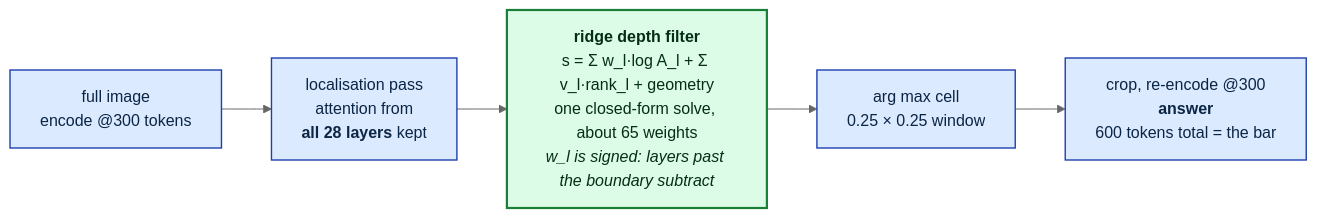
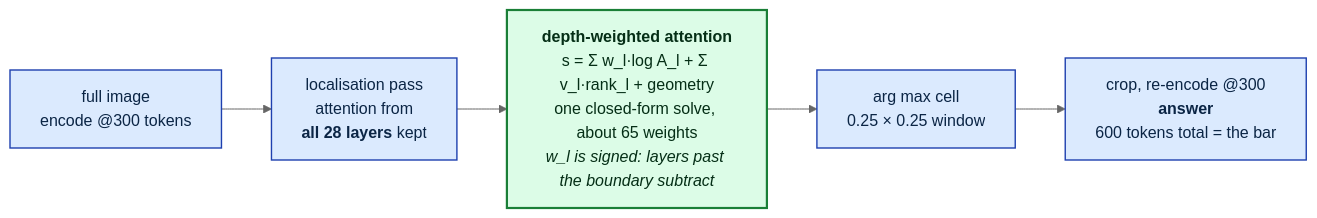
Before and after one commit to Team-M3OW/vlm-hallu: the diagram in paper/figs/mermaid/ridge.mmd, drawn with Mermaid (neutral theme). The commit also changed 43 other files, not shown here.

```diff
--- a/paper/figs/mermaid/ridge.mmd
+++ b/paper/figs/mermaid/ridge.mmd
@@ -1,9 +1,9 @@
 flowchart LR
   IMG["full image<br/>encode @300 tokens"] --> PASS["localisation pass<br/>attention from<br/><b>all 28 layers</b> kept"]
-  PASS --> RIDGE["<b>ridge depth filter</b><br/>s = Σ w_l·log A_l + Σ v_l·rank_l + geometry<br/>one closed-form solve, about 65 weights<br/><i>w_l is signed: layers past the boundary subtract</i>"]
+  PASS --> RIDGE["<b>depth-weighted attention</b><br/>s = Σ w_l·log A_l + Σ v_l·rank_l + geometry<br/>one closed-form solve, about 65 weights<br/><i>w_l is signed: layers past the boundary subtract</i>"]
   RIDGE --> CELL["arg max cell<br/>0.25 × 0.25 window"]
   CELL --> ANS["crop, re-encode @300<br/><b>answer</b><br/>600 tokens total = the bar"]
   classDef m fill:#dbeafe,stroke:#1e40af,stroke-width:1.4px,color:#0b2545
   classDef k fill:#dcfce7,stroke:#1a7f37,stroke-width:2.2px,color:#052e16
   class RIDGE k
   class IMG,PASS,CELL,ANS m
```
